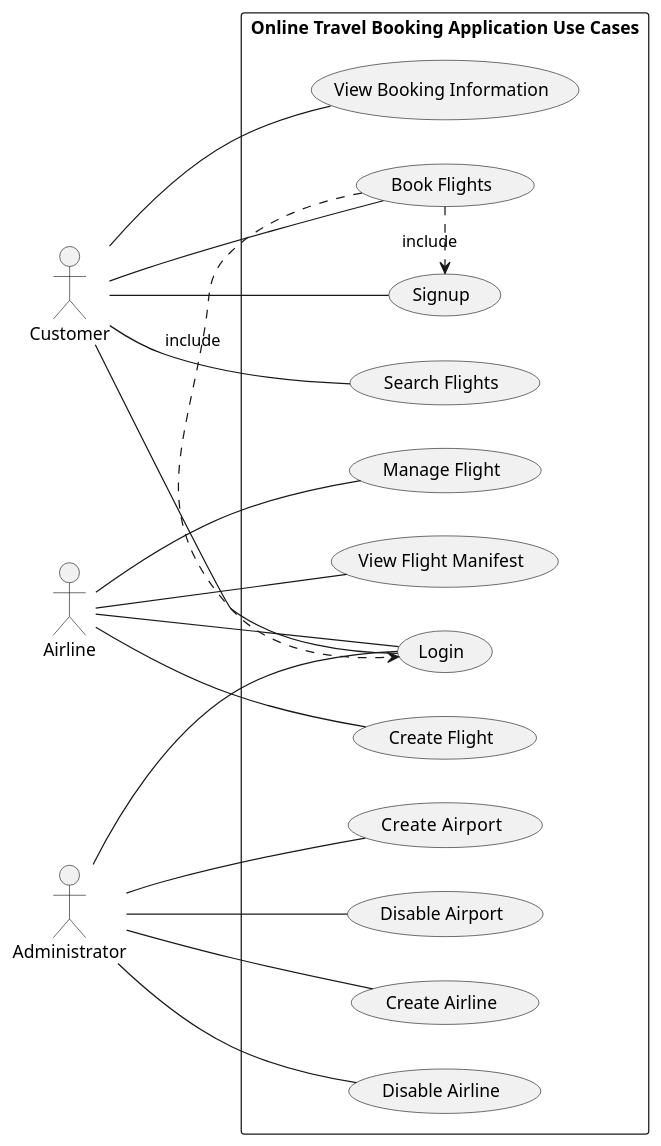
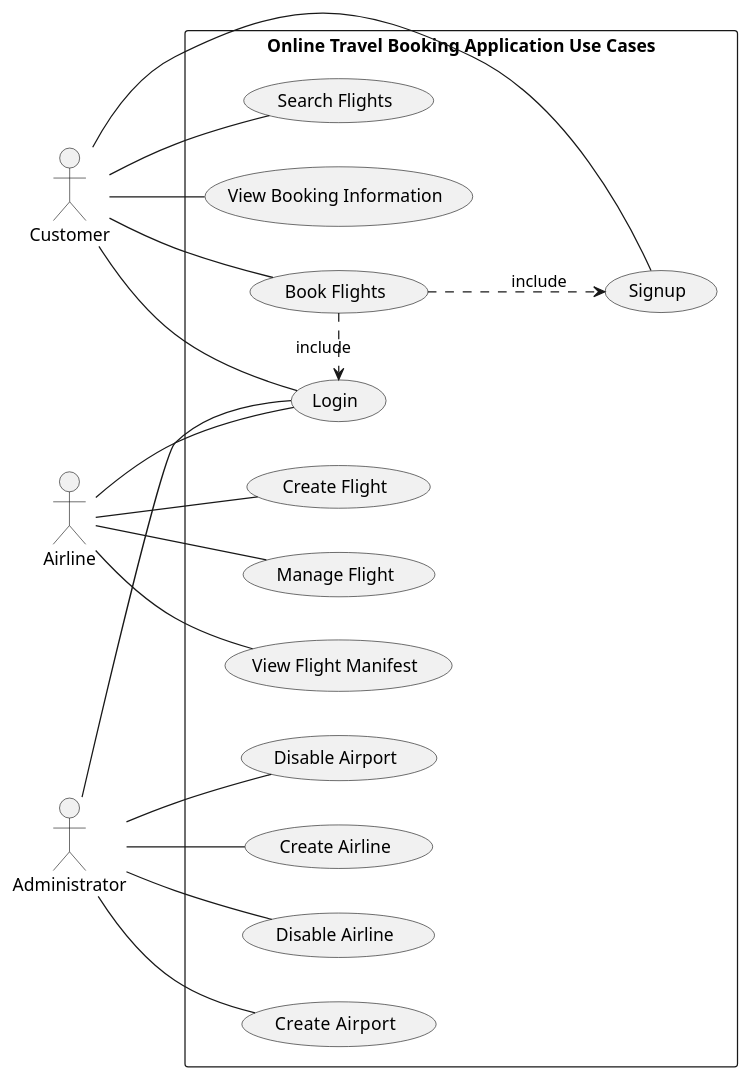
One commit to SWEN900072021/2Pizzas changed the diagram in docs/part1/usecase.puml. Above: the diagram before and after it, drawn with PlantUML. The commit also changed 3 other files, not shown here.

```diff
--- a/docs/part1/usecase.puml
+++ b/docs/part1/usecase.puml
@@ -1,40 +1,41 @@
 @startuml
 
 actor :Customer: as c
 actor :Airline: as ar
 actor :Administrator: as ad
 
 rectangle "Online Travel Booking Application Use Cases" {
   left to right direction
   (Login) as u1
+  (Signup) as u13
   (Create  Airport) as u2
   (Disable Airport) as u3
   (Create Airline) as u4
   (Disable Airline) as u5
   (Create Flight) as u7
   (Manage Flight) as u8
   (View Flight Manifest) as u9
   (Book Flights) as u10
   (Search Flights) as u11
   (View Booking Information) as u12
-  (Signup) as u13
 
   ad -- u1
   ar -- u1
   c -- u1
   ad -- u2
   ad -- u3
   ad -- u4
   ad -- u5
   ar -- u7
   ar -- u8
   ar -- u9
   c -- u10
   c -- u11
   c -- u12
   c -- u13
-  u10 .> u13: include 
-  u10 .> u1: include 
+  u10 .> u13: include
+  u10 .> u1: include
+  u1 -[hidden]down- u13
 }
 
 @enduml
```
